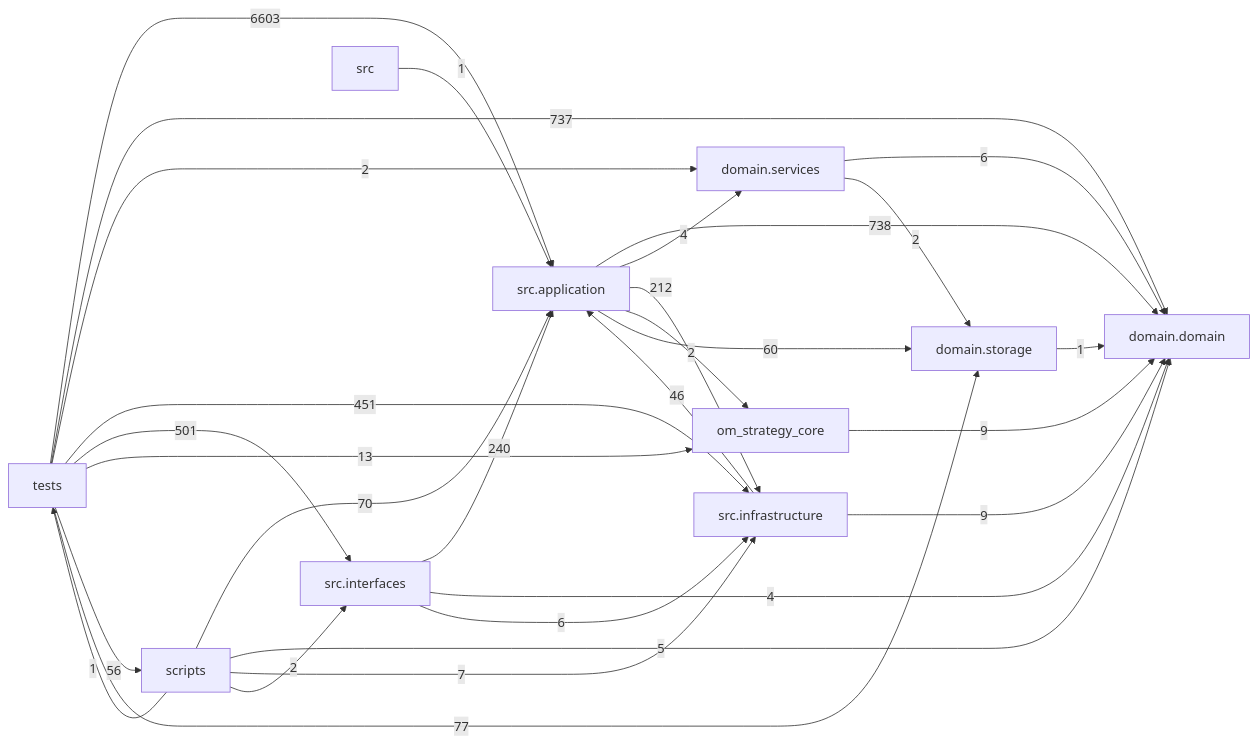
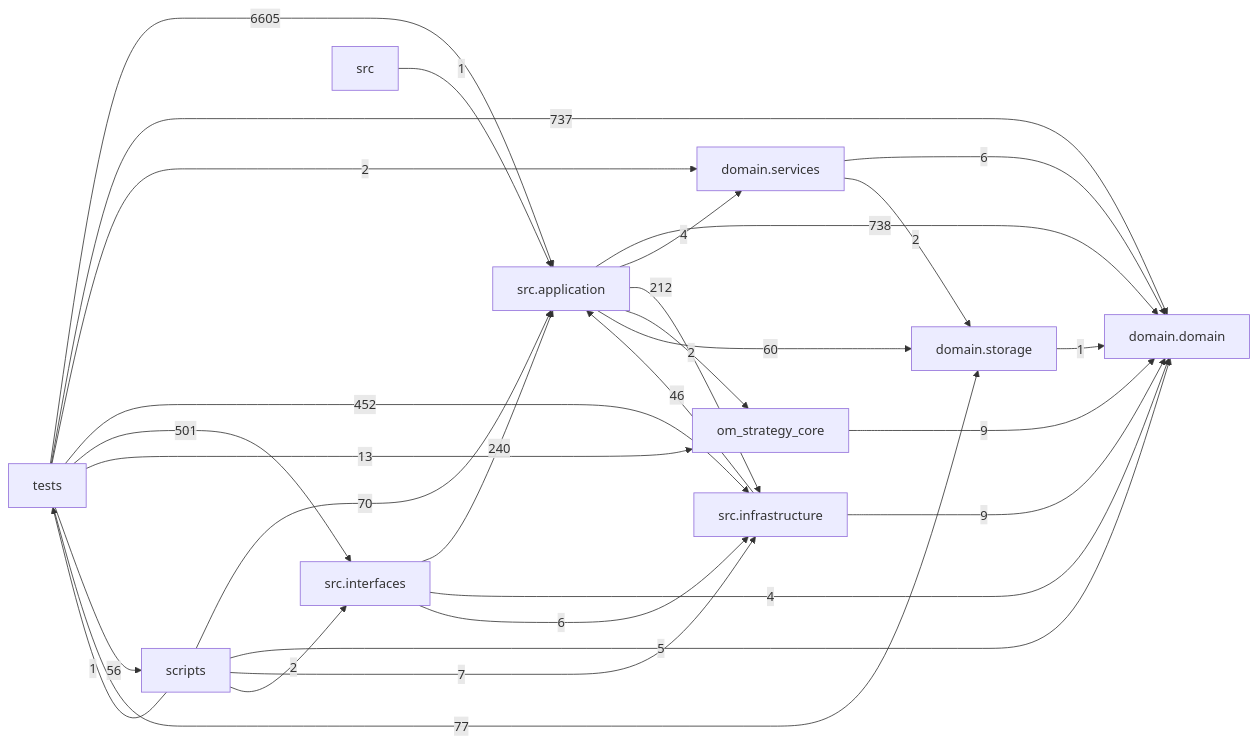
The diagram in docs/DEPENDENCY_GRAPH.md (liuxie066/options-monitor), drawn with Mermaid before and after one commit. The commit also changed other lines of this file and 2 other files, not shown here.

````diff
--- a/docs/DEPENDENCY_GRAPH.md
+++ b/docs/DEPENDENCY_GRAPH.md
@@ -24,39 +24,39 @@
 ```mermaid
 flowchart LR
   tests["tests"]
   scripts["scripts"]
   interfaces["src.interfaces"]
   application["src.application"]
   infrastructure["src.infrastructure"]
   domain_services["domain.services"]
   domain["domain.domain"]
   storage["domain.storage"]
   application -->|738| domain
   application -->|4| domain_services
   application -->|212| infrastructure
   application -->|2| om_strategy_core
   application -->|60| storage
   domain_services -->|6| domain
   domain_services -->|2| storage
   infrastructure -->|46| application
   infrastructure -->|9| domain
   interfaces -->|240| application
   interfaces -->|4| domain
   interfaces -->|6| infrastructure
   om_strategy_core -->|9| domain
   scripts -->|70| application
   scripts -->|5| domain
   scripts -->|7| infrastructure
   scripts -->|2| interfaces
   scripts -->|1| tests
   src -->|1| application
   storage -->|1| domain
-  tests -->|6603| application
+  tests -->|6605| application
   tests -->|737| domain
   tests -->|2| domain_services
-  tests -->|451| infrastructure
+  tests -->|452| infrastructure
   tests -->|501| interfaces
   tests -->|13| om_strategy_core
   tests -->|56| scripts
   tests -->|77| storage
 ```
````
